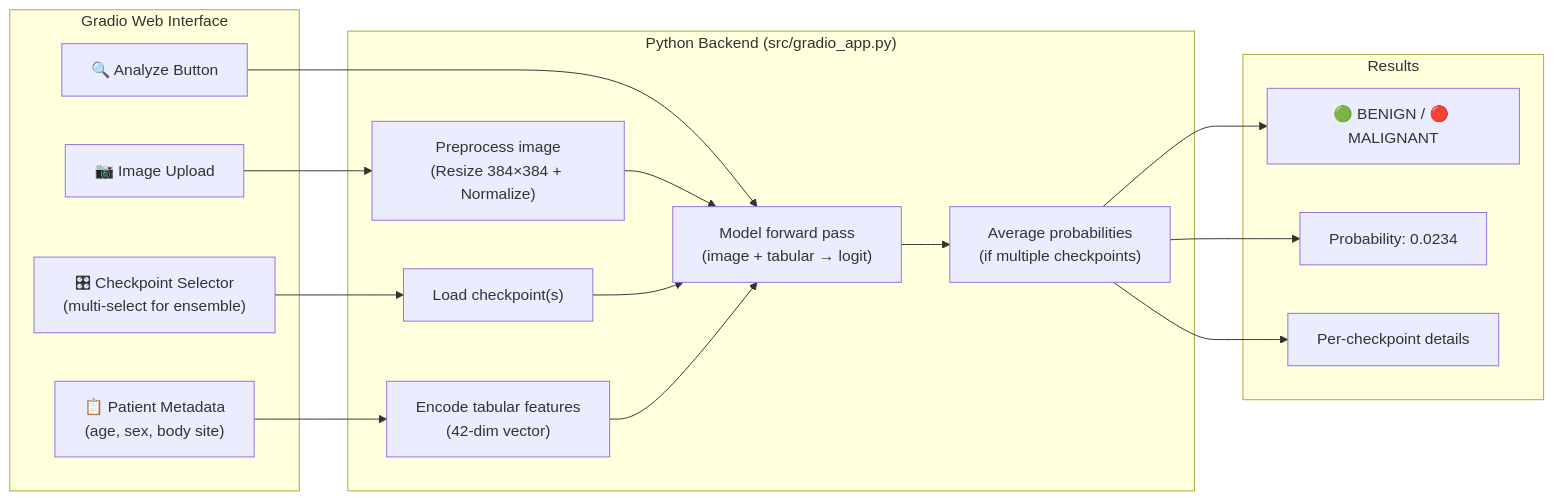
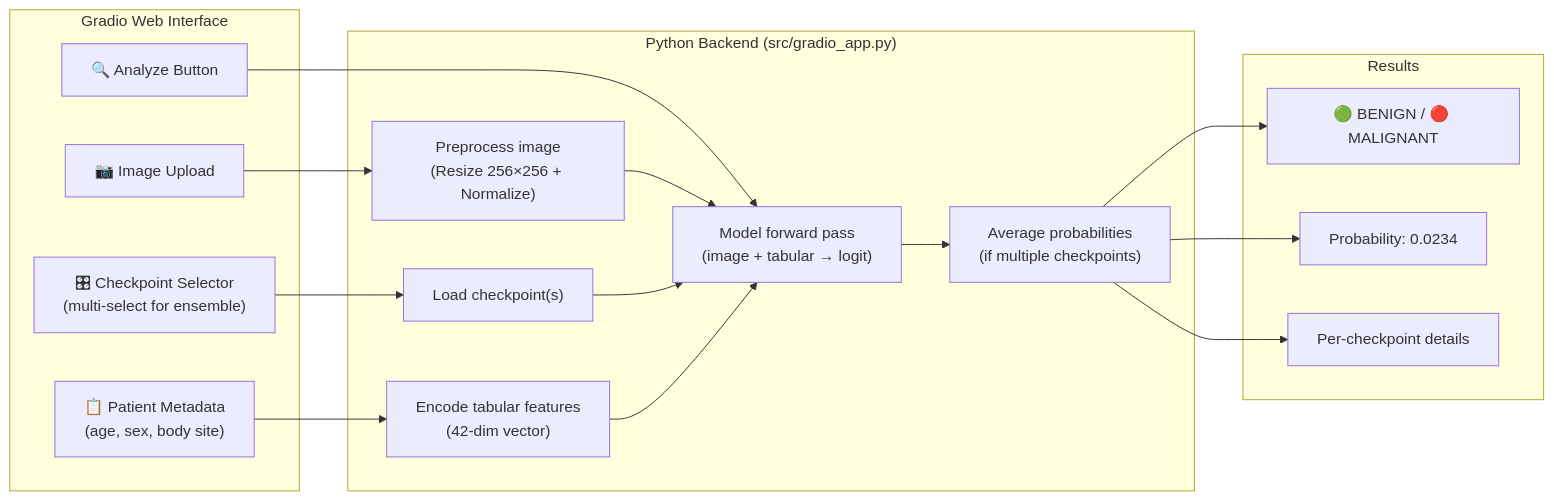
One commit to RudraShivm/Skin-Cancer-Detection changed the diagram in GRADIO_DEMO.md. Above: the diagram before and after it, drawn with Mermaid. The commit also changed 9 other files, not shown here.

````diff
--- a/GRADIO_DEMO.md
+++ b/GRADIO_DEMO.md
@@ -46,34 +46,34 @@
 ```mermaid
 flowchart LR
     subgraph UI["Gradio Web Interface"]
         IMG_UP["📷 Image Upload"]
         CKPT_SEL["🎛 Checkpoint Selector<br/>(multi-select for ensemble)"]
         META["📋 Patient Metadata<br/>(age, sex, body site)"]
         BTN["🔍 Analyze Button"]
     end
 
     subgraph Backend["Python Backend (src/gradio_app.py)"]
         LOAD["Load checkpoint(s)"]
-        PREPROCESS["Preprocess image<br/>(Resize 384×384 + Normalize)"]
+        PREPROCESS["Preprocess image<br/>(Resize 256×256 + Normalize)"]
         ENCODE["Encode tabular features<br/>(42-dim vector)"]
         FORWARD["Model forward pass<br/>(image + tabular → logit)"]
         ENSEMBLE["Average probabilities<br/>(if multiple checkpoints)"]
     end
 
     subgraph Output["Results"]
         PRED["🟢 BENIGN / 🔴 MALIGNANT"]
         CONF["Probability: 0.0234"]
         DET["Per-checkpoint details"]
     end
 
     IMG_UP --> PREPROCESS
     CKPT_SEL --> LOAD
     META --> ENCODE
     BTN --> FORWARD
     PREPROCESS --> FORWARD
     LOAD --> FORWARD
     ENCODE --> FORWARD
     FORWARD --> ENSEMBLE --> PRED
     ENSEMBLE --> CONF
     ENSEMBLE --> DET
 ```
````
